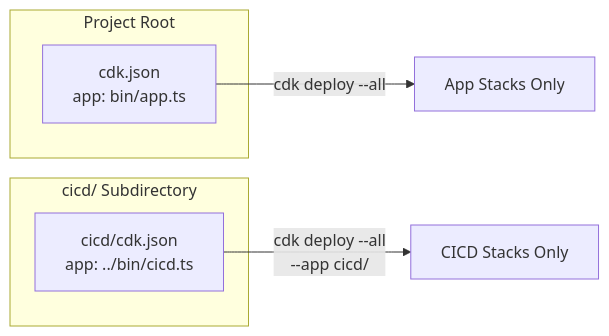
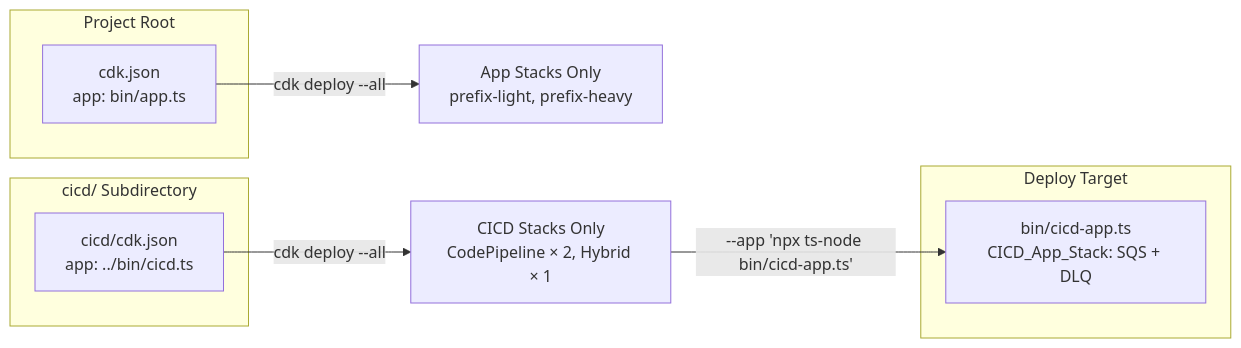
The second of 6 diagrams in .kiro/specs/cicd-pipelines/design.md (satoshi256kbyte/cdk-express-mode), drawn with Mermaid before and after one commit. The commit also changed other lines of this file and 21 other files, not shown here.

````diff
--- a/.kiro/specs/cicd-pipelines/design.md
+++ b/.kiro/specs/cicd-pipelines/design.md
@@ -69,13 +85,18 @@
 ```mermaid
 graph LR
     subgraph "Project Root"
         CDK_JSON[cdk.json<br/>app: bin/app.ts]
     end
 
     subgraph "cicd/ Subdirectory"
         CICD_JSON[cicd/cdk.json<br/>app: ../bin/cicd.ts]
     end
 
-    CDK_JSON -->|cdk deploy --all| APP_STACKS[App Stacks Only]
-    CICD_JSON -->|cdk deploy --all<br/>--app cicd/| CICD_STACKS[CICD Stacks Only]
+    subgraph "Deploy Target"
+        CICD_APP[bin/cicd-app.ts<br/>CICD_App_Stack: SQS + DLQ]
+    end
+
+    CDK_JSON -->|"cdk deploy --all"| APP_STACKS[App Stacks Only<br/>prefix-light, prefix-heavy]
+    CICD_JSON -->|"cdk deploy --all"| CICD_STACKS[CICD Stacks Only<br/>CodePipeline × 2, Hybrid × 1]
+    CICD_STACKS -->|"--app 'npx ts-node bin/cicd-app.ts'"| CICD_APP
 ```
````
